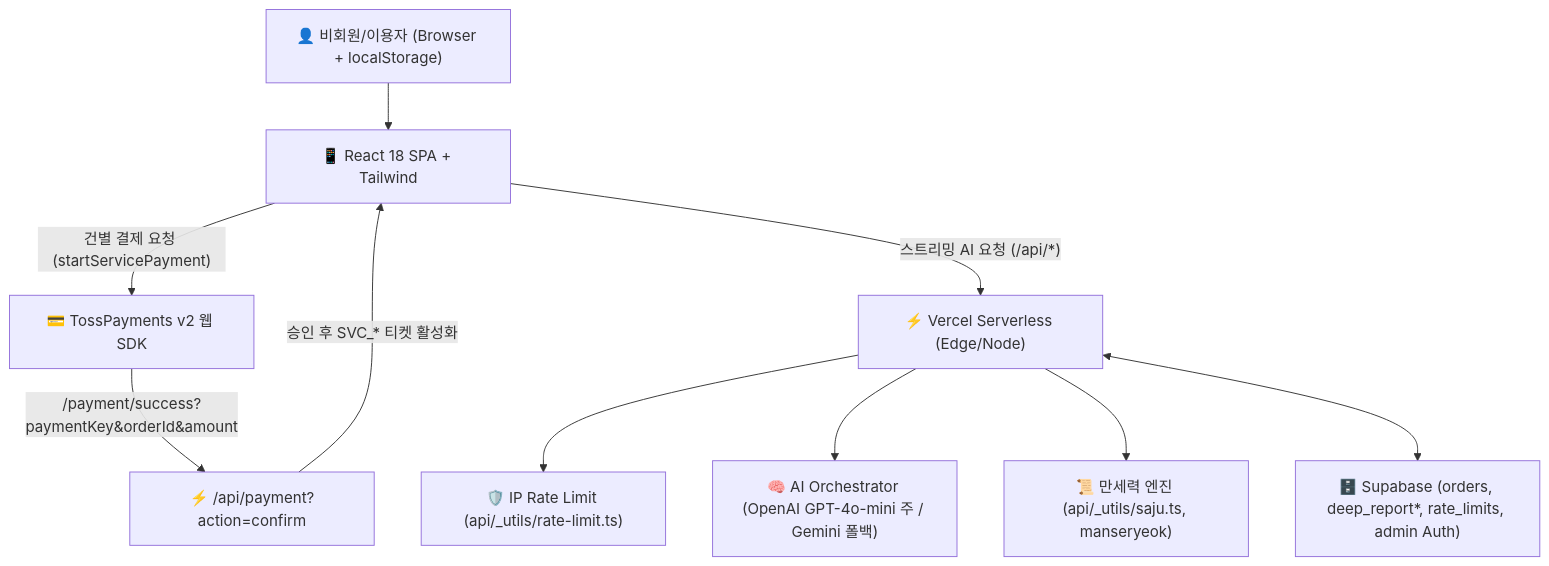
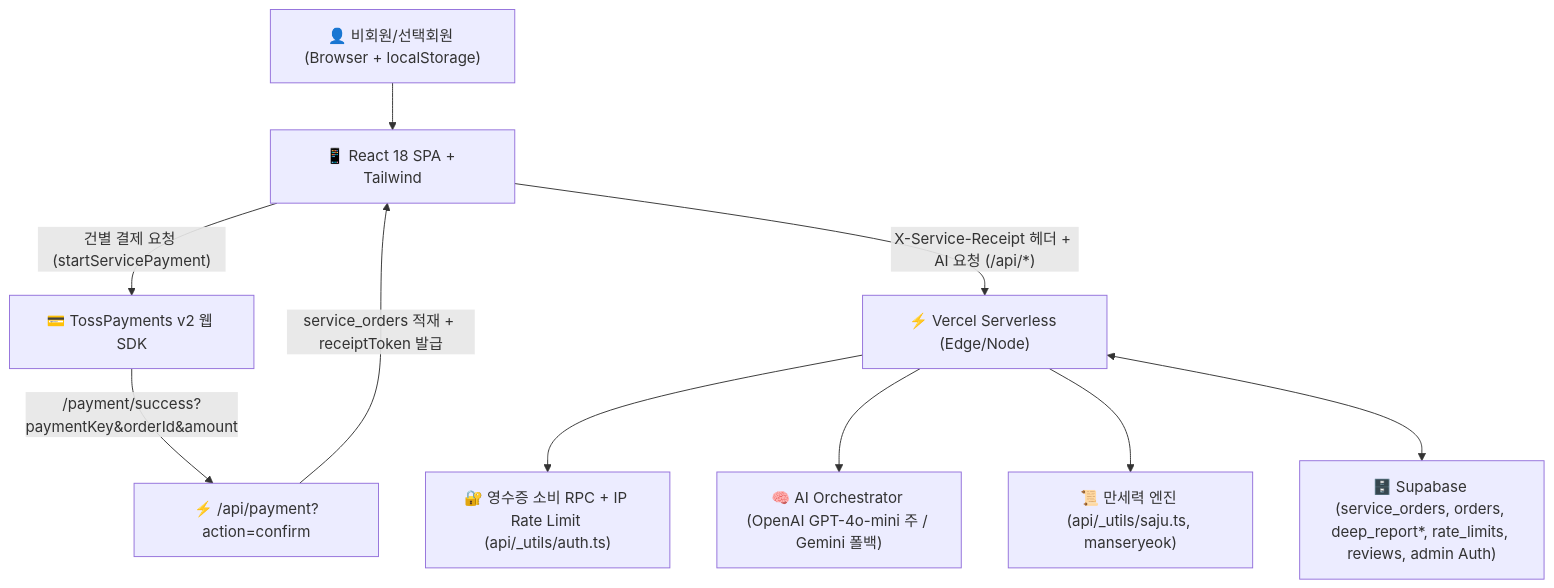
The diagram in agent.md (s-zuni/MBTI-Saju), drawn with Mermaid before and after one commit. The commit also changed other lines of this file and 47 other files, not shown here.

Commit message:
feat+security: add service_orders receipt verification, optional login, shop cart placeholder, kakao consult unification, and policy sync

````diff
--- a/agent.md
+++ b/agent.md
@@ -28,12 +30,12 @@
 ```mermaid
 graph TD
-    User["👤 비회원/이용자 (Browser + localStorage)"] --> ReactApp["📱 React 18 SPA + Tailwind"]
+    User["👤 비회원/선택회원 (Browser + localStorage)"] --> ReactApp["📱 React 18 SPA + Tailwind"]
     ReactApp -->|"건별 결제 요청 (startServicePayment)"| TossSDK["💳 TossPayments v2 웹 SDK"]
     TossSDK -->|"/payment/success?paymentKey&orderId&amount"| VercelPayment["⚡ /api/payment?action=confirm"]
-    VercelPayment -->|"승인 후 SVC_* 티켓 활성화"| ReactApp
-    ReactApp -->|"스트리밍 AI 요청 (/api/*)"| VercelAPI["⚡ Vercel Serverless (Edge/Node)"]
-    VercelAPI --> RateLimit["🛡️ IP Rate Limit (api/_utils/rate-limit.ts)"]
+    VercelPayment -->|"service_orders 적재 + receiptToken 발급"| ReactApp
+    ReactApp -->|"X-Service-Receipt 헤더 + AI 요청 (/api/*)"| VercelAPI["⚡ Vercel Serverless (Edge/Node)"]
+    VercelAPI --> AuthReceipt["🔐 영수증 소비 RPC + IP Rate Limit (api/_utils/auth.ts)"]
     VercelAPI --> AIProvider["🧠 AI Orchestrator (OpenAI GPT-4o-mini 주 / Gemini 폴백)"]
     VercelAPI --> Manseryeok["📜 만세력 엔진 (api/_utils/saju.ts, manseryeok)"]
-    VercelAPI <--> Supabase["🗄️ Supabase (orders, deep_report*, rate_limits, admin Auth)"]
+    VercelAPI <--> Supabase["🗄️ Supabase (service_orders, orders, deep_report*, rate_limits, reviews, admin Auth)"]
 ```
````
